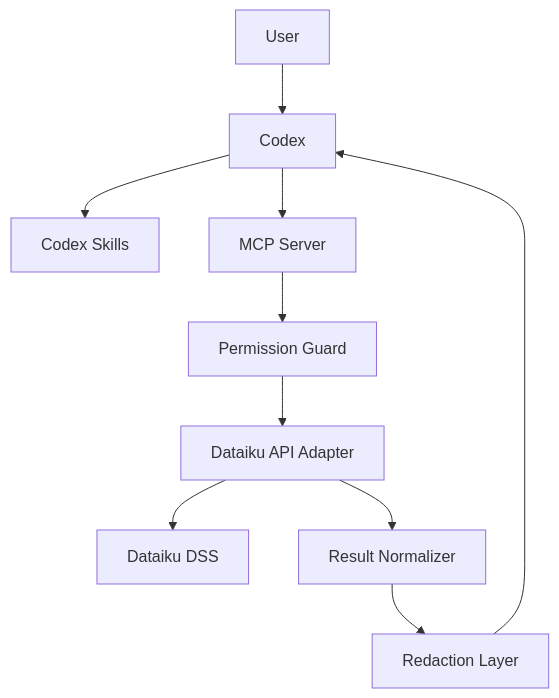
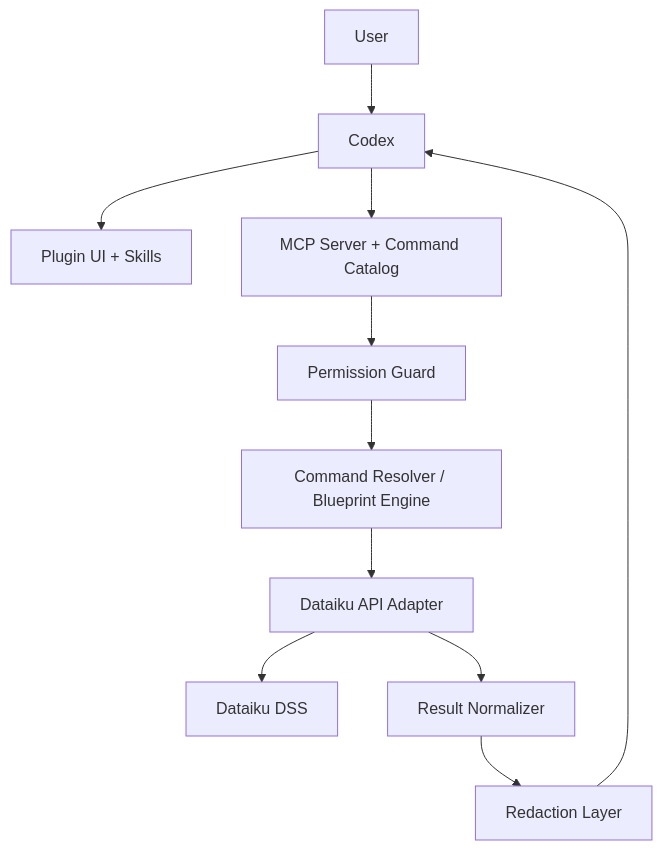
One commit to LIGHTER91/dataiku-codex-plugin changed the first of 5 diagrams in docs/diagrams/ARCHITECTURE.md. Above: the diagram before and after it, drawn with Mermaid. The commit also changed other lines of this file and 19 other files, not shown here.

````diff
--- a/docs/diagrams/ARCHITECTURE.md
+++ b/docs/diagrams/ARCHITECTURE.md
@@ -5,12 +5,13 @@
 ```mermaid
 flowchart TD
     U[User] --> C[Codex]
-    C --> S[Codex Skills]
-    C --> MCP[MCP Server]
+    C --> UI["Plugin UI + Skills"]
+    C --> MCP["MCP Server + Command Catalog"]
     MCP --> P[Permission Guard]
-    P --> A[Dataiku API Adapter]
+    P --> R1["Command Resolver / Blueprint Engine"]
+    R1 --> A[Dataiku API Adapter]
     A --> DSS[Dataiku DSS]
     A --> R[Result Normalizer]
     R --> X[Redaction Layer]
     X --> C
 ```
````
